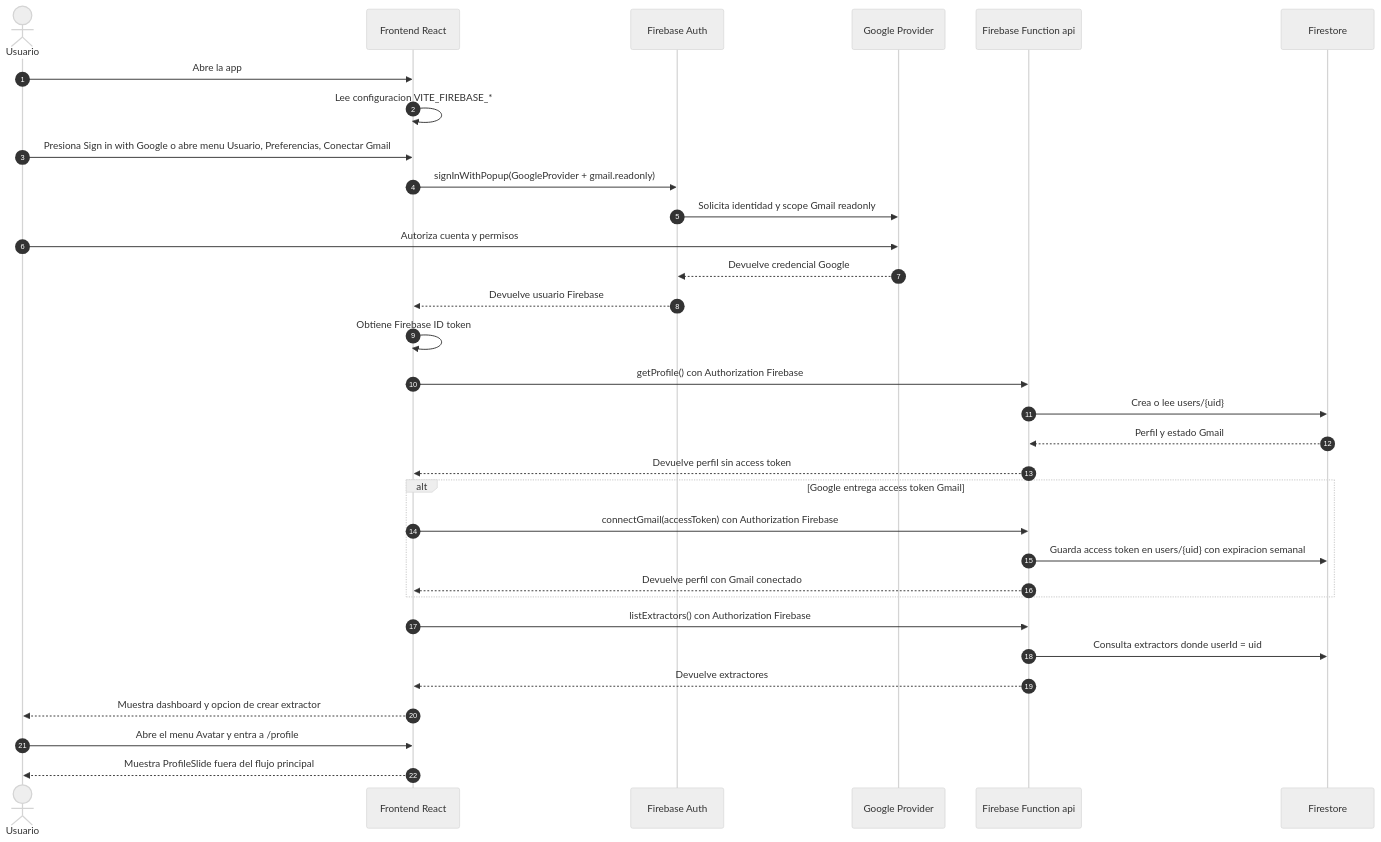
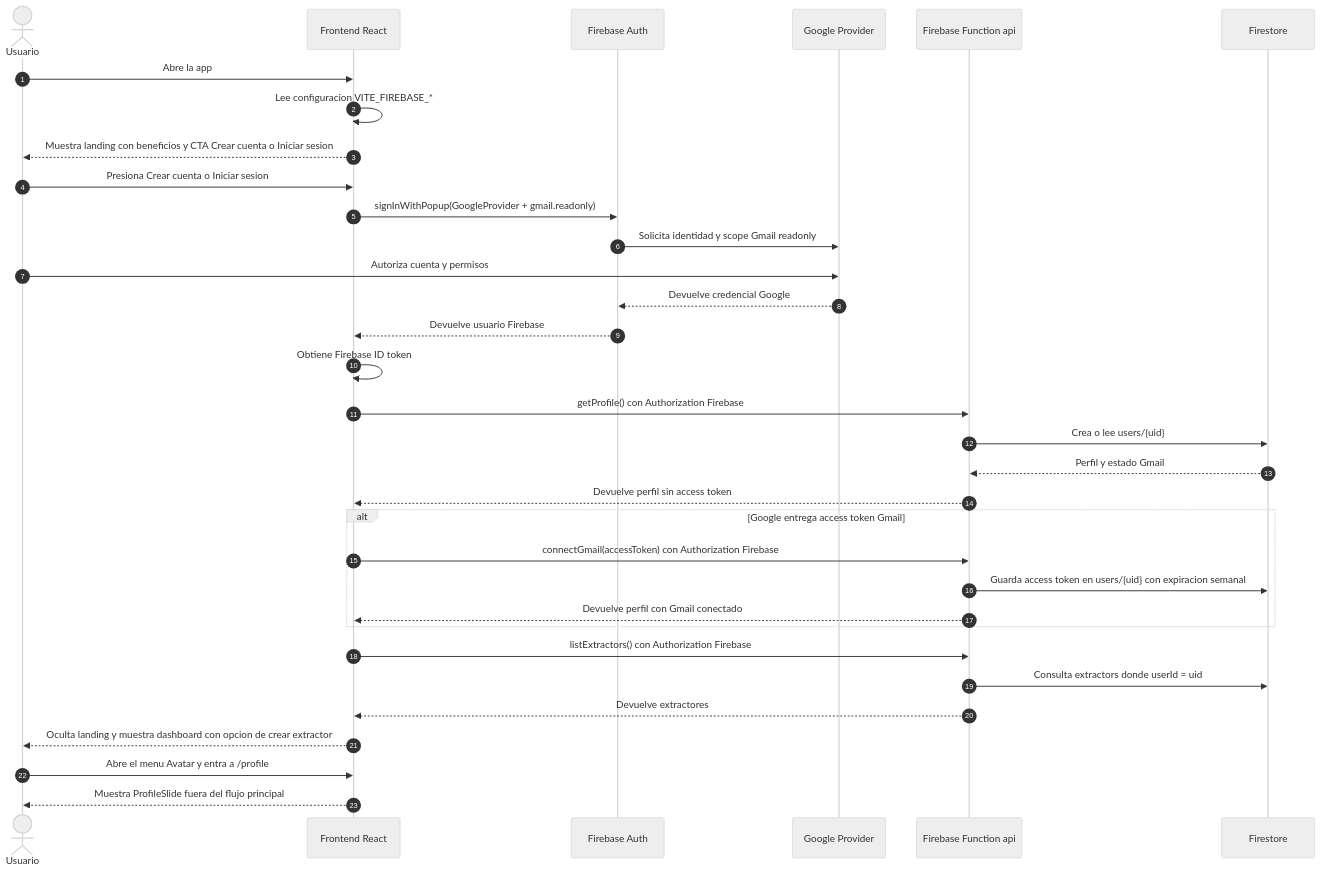
The first of 9 diagrams in sequence-diagram.md (mijahilbarra/organizr), drawn with Mermaid (neutral theme) before and after one commit. The commit also changed 2 other files, not shown here.

Commit message:
Add public landing before auth

````diff
--- a/sequence-diagram.md
+++ b/sequence-diagram.md
@@ -7,35 +7,36 @@
 ```mermaid
 sequenceDiagram
   autonumber
   actor User as Usuario
   participant Frontend as Frontend React
   participant FirebaseAuth as Firebase Auth
   participant GoogleProvider as Google Provider
   participant Function as Firebase Function api
   participant Firestore as Firestore
 
   User->>Frontend: Abre la app
   Frontend->>Frontend: Lee configuracion VITE_FIREBASE_*
-  User->>Frontend: Presiona Sign in with Google o abre menu Usuario, Preferencias, Conectar Gmail
+  Frontend-->>User: Muestra landing con beneficios y CTA Crear cuenta o Iniciar sesion
+  User->>Frontend: Presiona Crear cuenta o Iniciar sesion
   Frontend->>FirebaseAuth: signInWithPopup(GoogleProvider + gmail.readonly)
   FirebaseAuth->>GoogleProvider: Solicita identidad y scope Gmail readonly
   User->>GoogleProvider: Autoriza cuenta y permisos
   GoogleProvider-->>FirebaseAuth: Devuelve credencial Google
   FirebaseAuth-->>Frontend: Devuelve usuario Firebase
   Frontend->>Frontend: Obtiene Firebase ID token
   Frontend->>Function: getProfile() con Authorization Firebase
   Function->>Firestore: Crea o lee users/{uid}
   Firestore-->>Function: Perfil y estado Gmail
   Function-->>Frontend: Devuelve perfil sin access token
   alt Google entrega access token Gmail
     Frontend->>Function: connectGmail(accessToken) con Authorization Firebase
     Function->>Firestore: Guarda access token en users/{uid} con expiracion semanal
     Function-->>Frontend: Devuelve perfil con Gmail conectado
   end
   Frontend->>Function: listExtractors() con Authorization Firebase
   Function->>Firestore: Consulta extractors donde userId = uid
   Function-->>Frontend: Devuelve extractores
-  Frontend-->>User: Muestra dashboard y opcion de crear extractor
+  Frontend-->>User: Oculta landing y muestra dashboard con opcion de crear extractor
   User->>Frontend: Abre el menu Avatar y entra a /profile
   Frontend-->>User: Muestra ProfileSlide fuera del flujo principal
 ```
````
